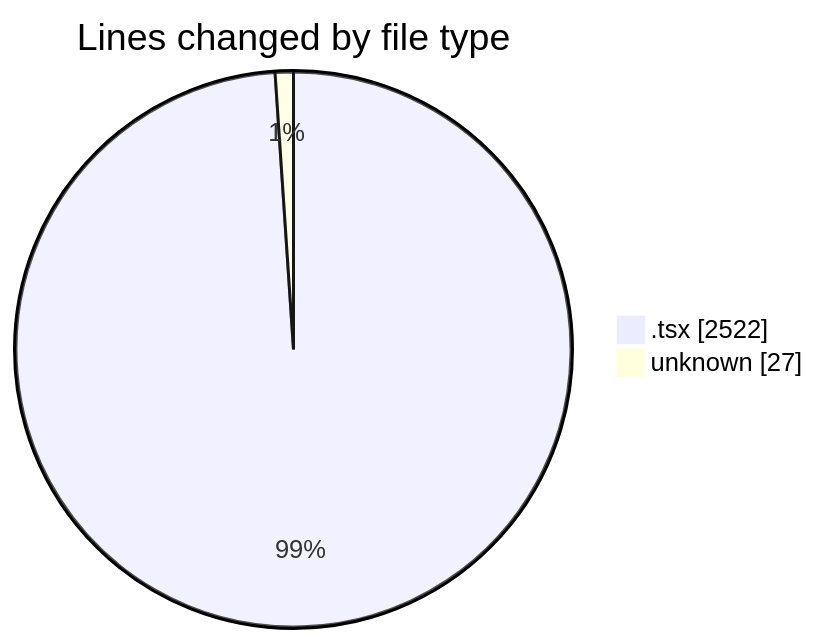
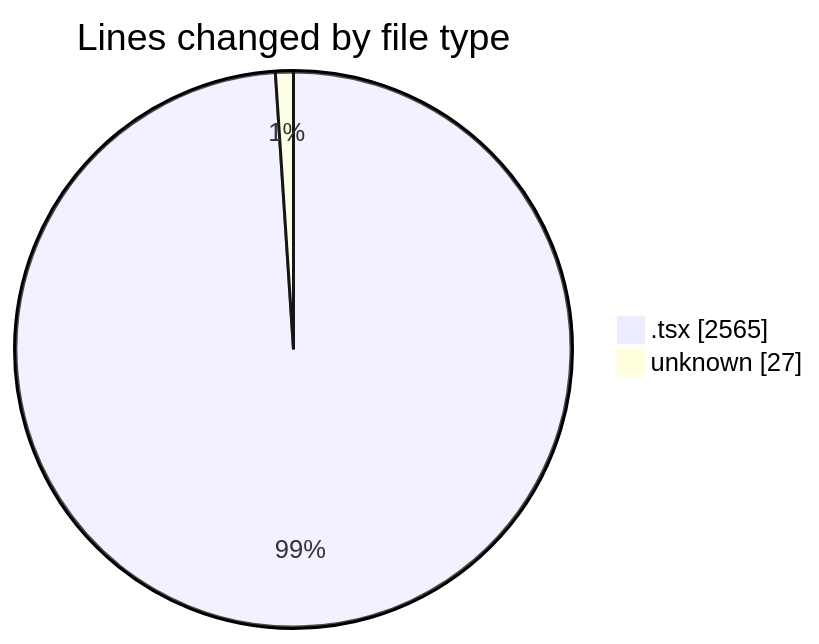
The first of 2 diagrams in 2025-05-29/kimberly-groups/README.md (JenPaints/code-tracking), drawn with Mermaid before and after one commit. The commit also changed other lines of this file and 1 other file, not shown here.

````diff
--- a/2025-05-29/kimberly-groups/README.md
+++ b/2025-05-29/kimberly-groups/README.md
@@ -27,6 +28,6 @@
 ```mermaid
 pie showData
 title Lines changed by file type
-".tsx" : 2522
+".tsx" : 2565
 "unknown" : 27
 ```
````
